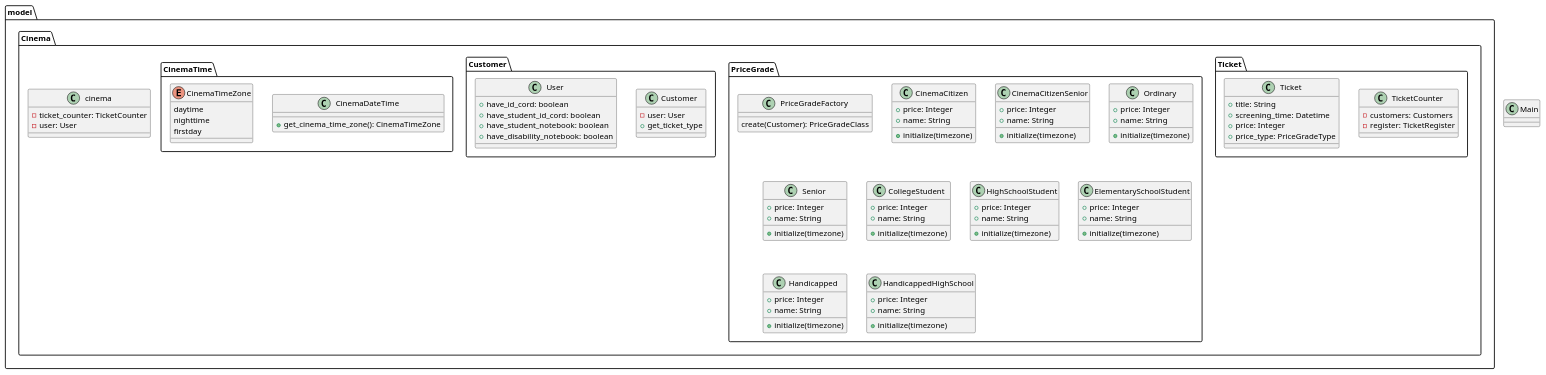
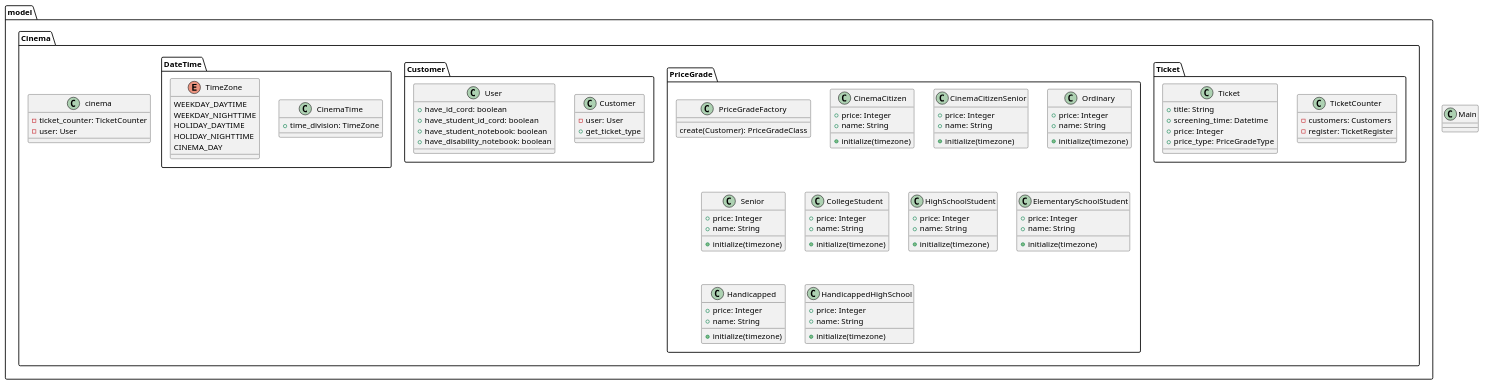
One commit to missyu3/ticket-price-modeling changed the diagram in doc/class.puml. Above: the diagram before and after it, drawn with PlantUML. The commit also changed 3 other files, not shown here.

```diff
--- a/doc/class.puml
+++ b/doc/class.puml
@@ -1,109 +1,111 @@
 @startuml
 
 class Main{
 }
 
 package model {
   
 package Cinema{
   
 class cinema{
   - ticket_counter: TicketCounter
   - user: User
 }
 
   package Ticket{
     class TicketCounter {
       - customers: Customers
       - register: TicketRegister
     }
 
     class Ticket {
       + title: String
       + screening_time: Datetime
       + price: Integer
       + price_type: PriceGradeType
     }
   }
 
   package PriceGrade {
     class PriceGradeFactory{
       create(Customer): PriceGradeClass
     }
     class CinemaCitizen {
       + price: Integer
       + name: String
       + initialize(timezone)
     }
     class CinemaCitizenSenior {
       + price: Integer
       + name: String
       + initialize(timezone)
     }
     class Ordinary {
       + price: Integer
       + name: String
       + initialize(timezone)
     }
     class Senior {
       + price: Integer
       + name: String
       + initialize(timezone)
     }
     class CollegeStudent {
       + price: Integer
       + name: String
       + initialize(timezone)
     }
     class HighSchoolStudent {
       + price: Integer
       + name: String
       + initialize(timezone)
     }
     class ElementarySchoolStudent {
       + price: Integer
       + name: String
       + initialize(timezone)
     }
     class Handicapped {
       + price: Integer
       + name: String
       + initialize(timezone)
     }
     class HandicappedHighSchool {
       + price: Integer
       + name: String
       + initialize(timezone)
     }
   }
 
   package Customer {
   class Customer {
     - user: User
     + get_ticket_type
   }
 
   class User {
     + have_id_cord: boolean 
     + have_student_id_cord: boolean
     + have_student_notebook: boolean
     + have_disability_notebook: boolean
   }
   }
 
 
-  package CinemaTime{
-    class CinemaDateTime {
-      + get_cinema_time_zone(): CinemaTimeZone
+  package DateTime{
+    class CinemaTime {
+      + time_division: TimeZone
     }
 
-    enum CinemaTimeZone {
-      daytime
-      nighttime
-      firstday
+    enum TimeZone {
+      WEEKDAY_DAYTIME
+      WEEKDAY_NIGHTTIME
+      HOLIDAY_DAYTIME
+      HOLIDAY_NIGHTTIME
+      CINEMA_DAY
     }
   }
 }
 }
 
 @enduml 
```
